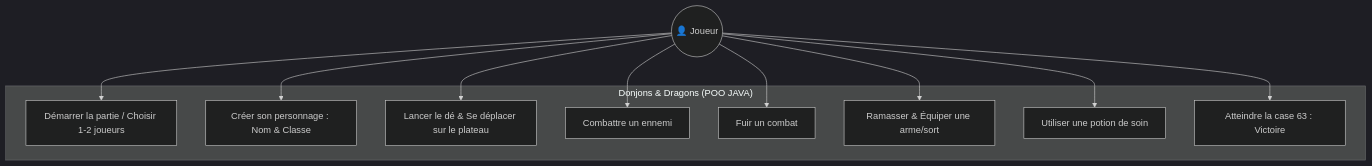
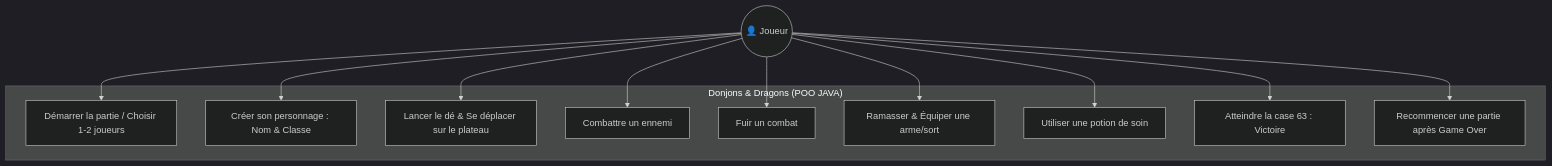
The first of 2 diagrams in README.md (BSourichanh/POO_JAVA), drawn with Mermaid (dark theme) before and after one commit. The commit also changed other lines of this file and 2 other files, not shown here.

Commit message:
feat(game): add replay option on Game Over and update README documentation

````diff
--- a/README.md
+++ b/README.md
@@ -23,24 +24,26 @@
 ```mermaid
 graph TD
     Joueur((👤 Joueur))
 
     subgraph Jeu ["Donjons & Dragons (POO JAVA)"]
         UC1[Démarrer la partie / Choisir 1-2 joueurs]
         UC2[Créer son personnage : Nom & Classe]
         UC3[Lancer le dé & Se déplacer sur le plateau]
         UC4[Combattre un ennemi]
         UC5[Fuir un combat]
         UC6[Ramasser & Équiper une arme/sort]
         UC7[Utiliser une potion de soin]
         UC8[Atteindre la case 63 : Victoire]
+        UC9[Recommencer une partie après Game Over]
     end
 
     Joueur --> UC1
     Joueur --> UC2
     Joueur --> UC3
     Joueur --> UC4
     Joueur --> UC5
     Joueur --> UC6
     Joueur --> UC7
     Joueur --> UC8
+    Joueur --> UC9
 ```
````
